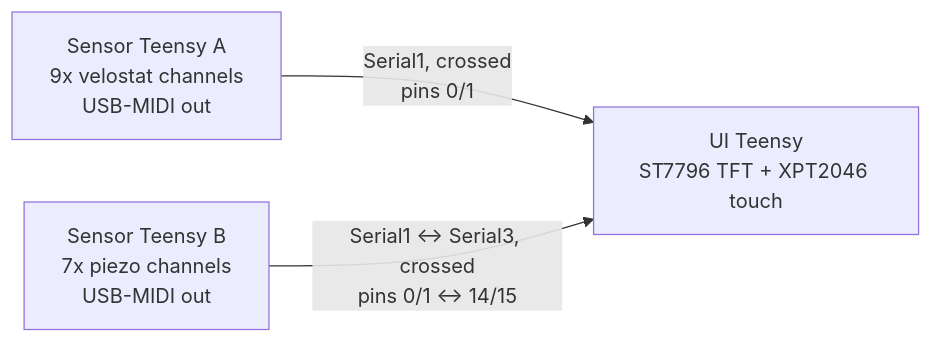
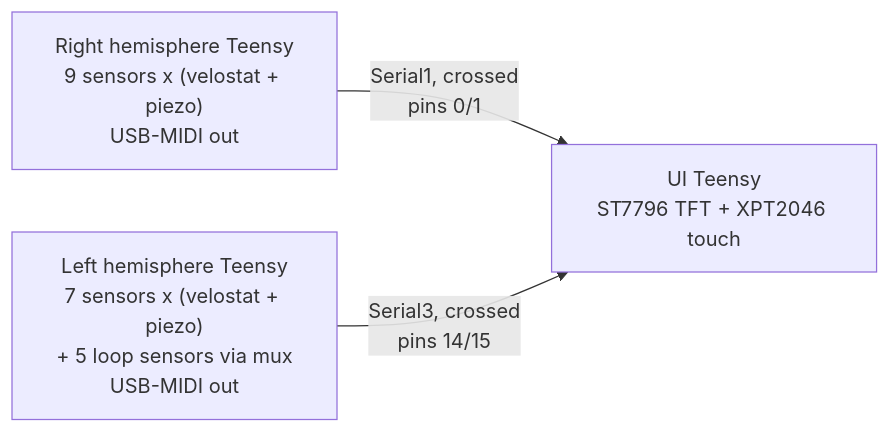
The diagram in README.md (vglarra/jaiba-kikad-control), drawn with Mermaid before and after one commit. The commit also changed other lines of this file and 27 other files, not shown here.

````diff
--- a/README.md
+++ b/README.md
@@ -10,9 +9,9 @@
 ```mermaid
 graph LR
-    A["Sensor Teensy A<br/>9x velostat channels<br/>USB-MIDI out"]
-    B["Sensor Teensy B<br/>7x piezo channels<br/>USB-MIDI out"]
+    R["Right hemisphere Teensy<br/>9 sensors x (velostat + piezo)<br/>USB-MIDI out"]
+    L["Left hemisphere Teensy<br/>7 sensors x (velostat + piezo)<br/>+ 5 loop sensors via mux<br/>USB-MIDI out"]
     UI["UI Teensy<br/>ST7796 TFT + XPT2046 touch"]
 
-    A -- "Serial1, crossed<br/>pins 0/1" --> UI
-    B -- "Serial1 <-> Serial3, crossed<br/>pins 0/1 <-> 14/15" --> UI
+    R -- "Serial1, crossed<br/>pins 0/1" --> UI
+    L -- "Serial3, crossed<br/>pins 14/15" --> UI
 ```
````
